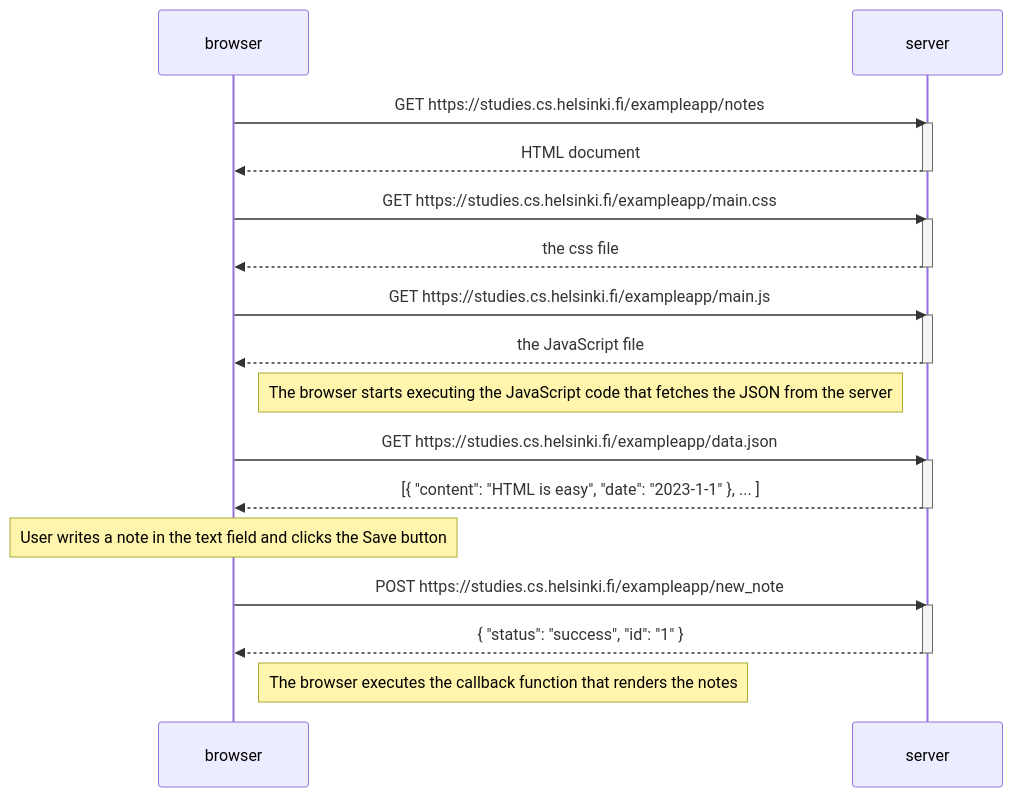
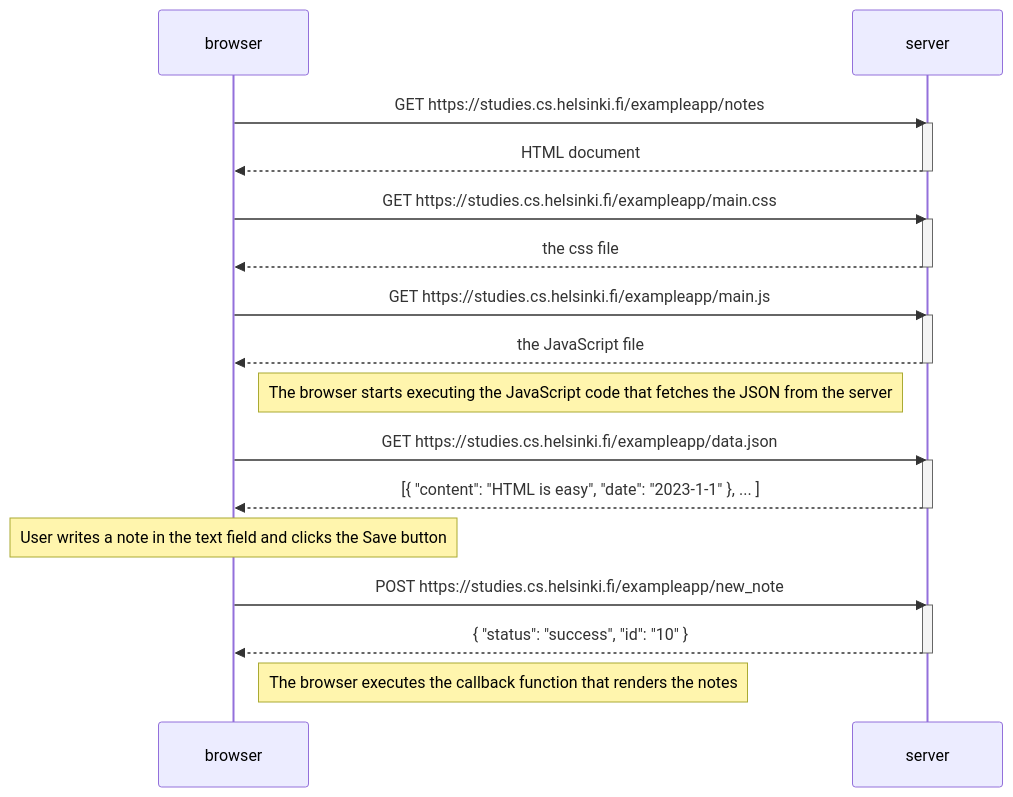
The diagram in part 0/04.md (WitekDomina/fullstackopen_domina4c), drawn with Mermaid before and after one commit. The commit also changed 1 other file, not shown here.

Commit message:
finalchanges

````diff
--- a/part 0/04.md
+++ b/part 0/04.md
@@ -1,37 +1,37 @@
 ```mermaid
 sequenceDiagram
     participant browser
     participant server
 
     browser->>server: GET https://studies.cs.helsinki.fi/exampleapp/notes
     activate server
     server-->>browser: HTML document
     deactivate server
 
     browser->>server: GET https://studies.cs.helsinki.fi/exampleapp/main.css
     activate server
     server-->>browser: the css file
     deactivate server
 
     browser->>server: GET https://studies.cs.helsinki.fi/exampleapp/main.js
     activate server
     server-->>browser: the JavaScript file
     deactivate server
 
     Note right of browser: The browser starts executing the JavaScript code that fetches the JSON from the server
 
     browser->>server: GET https://studies.cs.helsinki.fi/exampleapp/data.json
     activate server
     server-->>browser: [{ "content": "HTML is easy", "date": "2023-1-1" }, ... ]
     deactivate server
 
     Note over browser: User writes a note in the text field and clicks the Save button
 
     browser->>server: POST https://studies.cs.helsinki.fi/exampleapp/new_note
     activate server
-    server-->>browser: { "status": "success", "id": "1" }
+    server-->>browser: { "status": "success", "id": "10" }
     deactivate server
 
 
     Note right of browser: The browser executes the callback function that renders the notes
 ```
````
